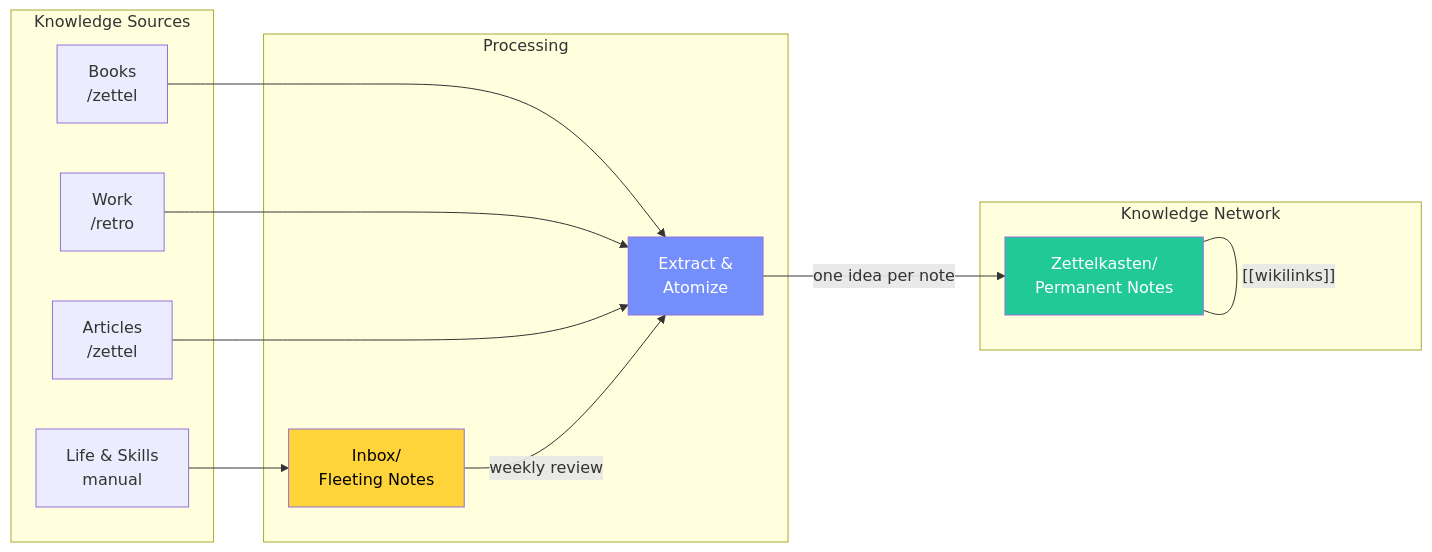
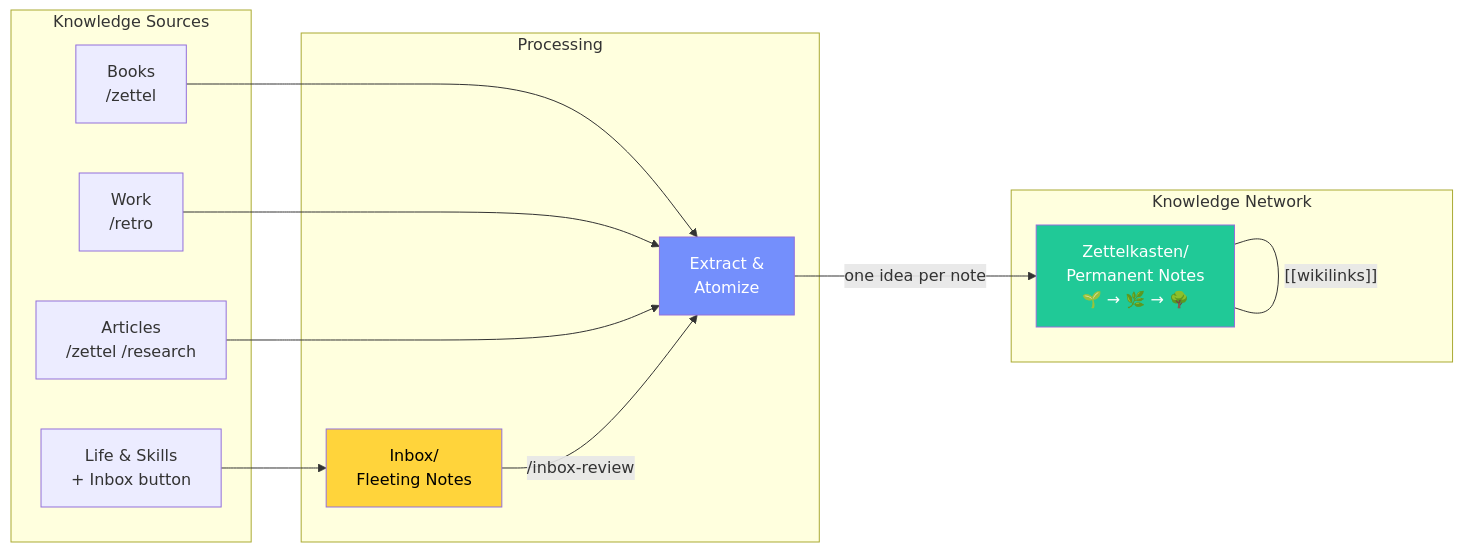
One commit to yepengfan/obsidian-workflow changed the third of 3 diagrams in README.md. Above: the diagram before and after it, drawn with Mermaid. The commit also changed other lines of this file, not shown here.

Commit message:
Update Knowledge Flow diagram with current commands and status lifecycle
- Life & Skills: "manual" → "+ Inbox button"
- Articles: add /research alongside /zettel
- "weekly review" → "/inbox-review"
- Zettelkasten node: add 🌱→🌿→🌳 lifecycle
- Update description bullets to match actual workflow

````diff
--- a/README.md
+++ b/README.md
@@ -113,30 +113,30 @@
 ```mermaid
 graph LR
     subgraph Input["Knowledge Sources"]
         B["Books<br/>/zettel"]
         W["Work<br/>/retro"]
-        L["Life & Skills<br/>manual"]
-        A["Articles<br/>/zettel"]
+        L["Life & Skills<br/>+ Inbox button"]
+        A["Articles<br/>/zettel /research"]
     end
 
     subgraph Process["Processing"]
         INBOX["Inbox/<br/>Fleeting Notes"]
         EXTRACT["Extract &<br/>Atomize"]
     end
 
     subgraph Output["Knowledge Network"]
-        ZK["Zettelkasten/<br/>Permanent Notes"]
+        ZK["Zettelkasten/<br/>Permanent Notes<br/>🌱 → 🌿 → 🌳"]
     end
 
     B --> EXTRACT
     W --> EXTRACT
     A --> EXTRACT
     L --> INBOX
-    INBOX -->|weekly review| EXTRACT
+    INBOX -->|"/inbox-review"| EXTRACT
     EXTRACT -->|one idea per note| ZK
     ZK ---|"[[wikilinks]]"| ZK
 
     style INBOX fill:#ffd43b,color:#000
     style ZK fill:#20c997,color:#fff
     style EXTRACT fill:#748ffc,color:#fff
 ```
````
